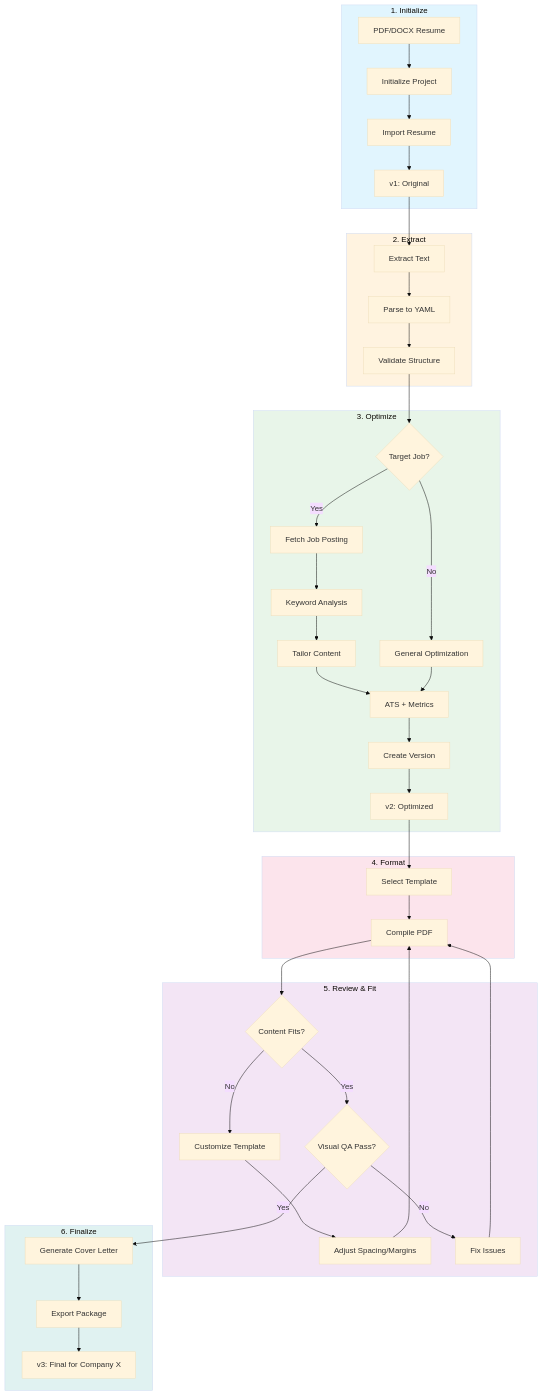
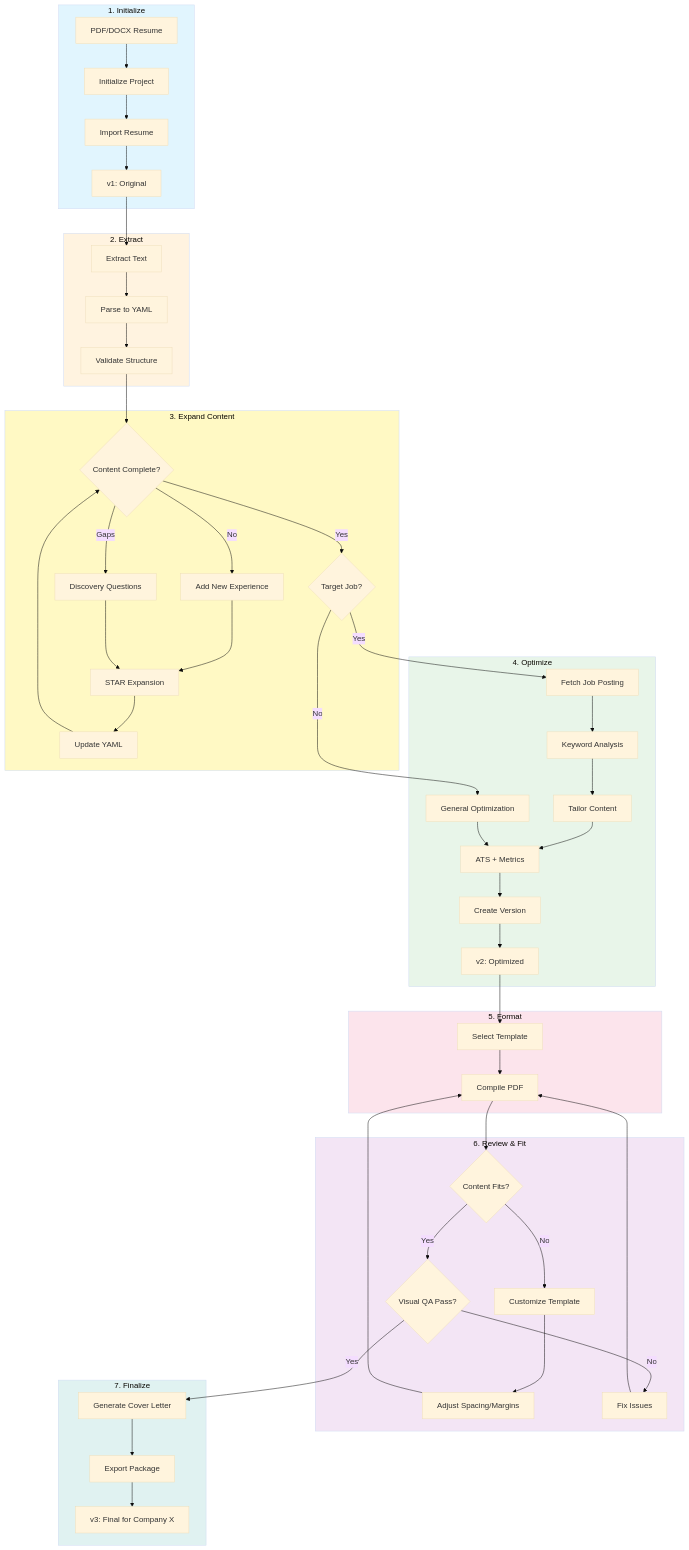
The first of 4 diagrams in README.md (vibewith-brent/claude-resume-skills), drawn with Mermaid (base theme) before and after one commit. The commit also changed other lines of this file and 3 other files, not shown here.

First line of the commit message:
Add resume-coach skill for content discovery and expansion

````diff
--- a/README.md
+++ b/README.md
@@ -33,54 +33,66 @@
 ```mermaid
 flowchart TB
     subgraph init["1. Initialize"]
         A[PDF/DOCX Resume] --> B[Initialize Project]
         B --> C[Import Resume]
         C --> D[v1: Original]
     end
 
     subgraph extract["2. Extract"]
         D --> E[Extract Text]
         E --> F[Parse to YAML]
         F --> G[Validate Structure]
     end
 
-    subgraph optimize["3. Optimize"]
-        G --> H{Target Job?}
+    subgraph expand["3. Expand Content"]
+        G --> G1{Content Complete?}
+        G1 -->|No| G2[Add New Experience]
+        G1 -->|Gaps| G3[Discovery Questions]
+        G2 --> G4[STAR Expansion]
+        G3 --> G4
+        G4 --> G5[Update YAML]
+        G5 --> G1
+        G1 -->|Yes| H
+    end
+
+    subgraph optimize["4. Optimize"]
+        H{Target Job?}
         H -->|Yes| I[Fetch Job Posting]
         I --> J[Keyword Analysis]
         J --> K[Tailor Content]
         H -->|No| L[General Optimization]
         K --> M[ATS + Metrics]
         L --> M
         M --> N[Create Version]
         N --> O[v2: Optimized]
     end
 
-    subgraph format["4. Format"]
+    subgraph format["5. Format"]
         O --> P[Select Template]
         P --> Q[Compile PDF]
     end
 
-    subgraph review["5. Review & Fit"]
+    subgraph review["6. Review & Fit"]
         Q --> R{Content Fits?}
         R -->|No| S[Customize Template]
         S --> T[Adjust Spacing/Margins]
         T --> Q
         R -->|Yes| U{Visual QA Pass?}
         U -->|No| V[Fix Issues]
         V --> Q
     end
 
-    subgraph finalize["6. Finalize"]
+    subgraph finalize["7. Finalize"]
         U -->|Yes| W[Generate Cover Letter]
         W --> X[Export Package]
         X --> Y[v3: Final for Company X]
     end
 
     style init fill:#e1f5fe
     style extract fill:#fff3e0
+    style expand fill:#fff9c4
     style optimize fill:#e8f5e9
     style format fill:#fce4ec
     style review fill:#f3e5f5
     style finalize fill:#e0f2f1
 ```
````
